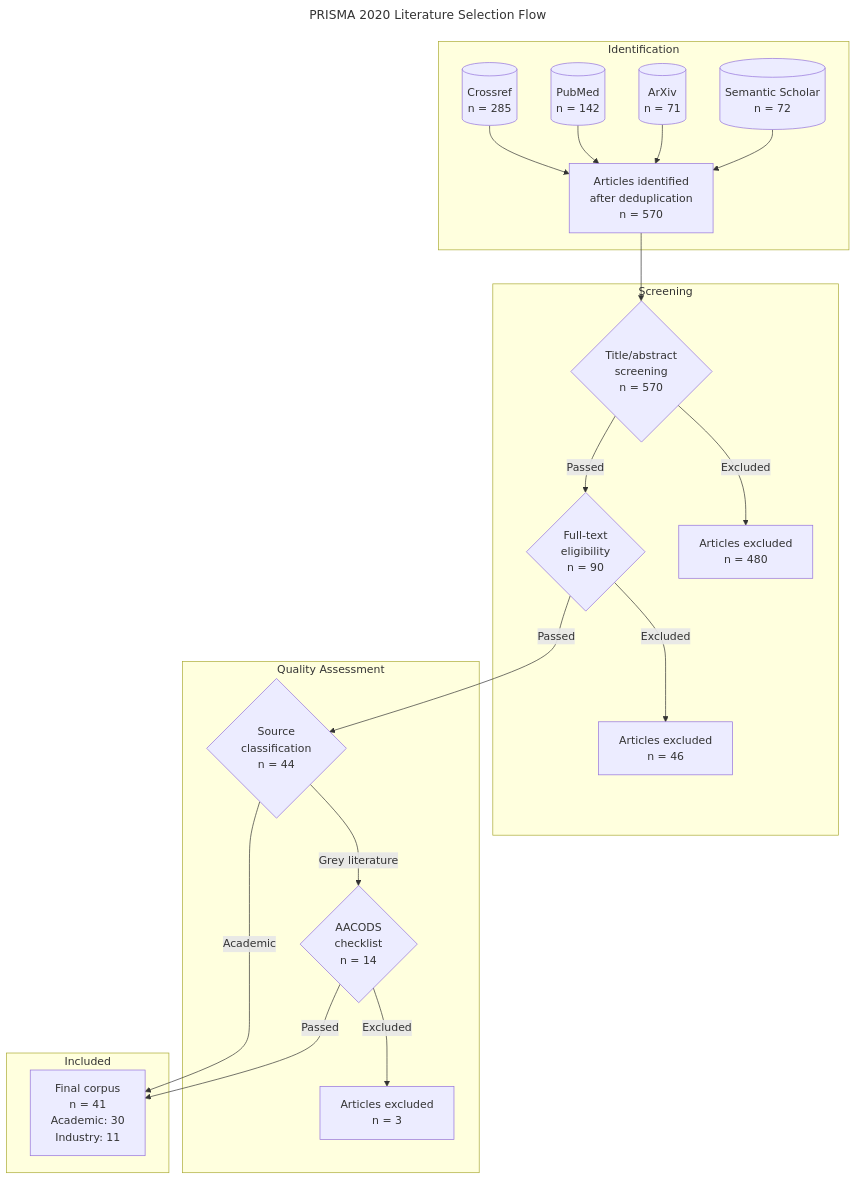
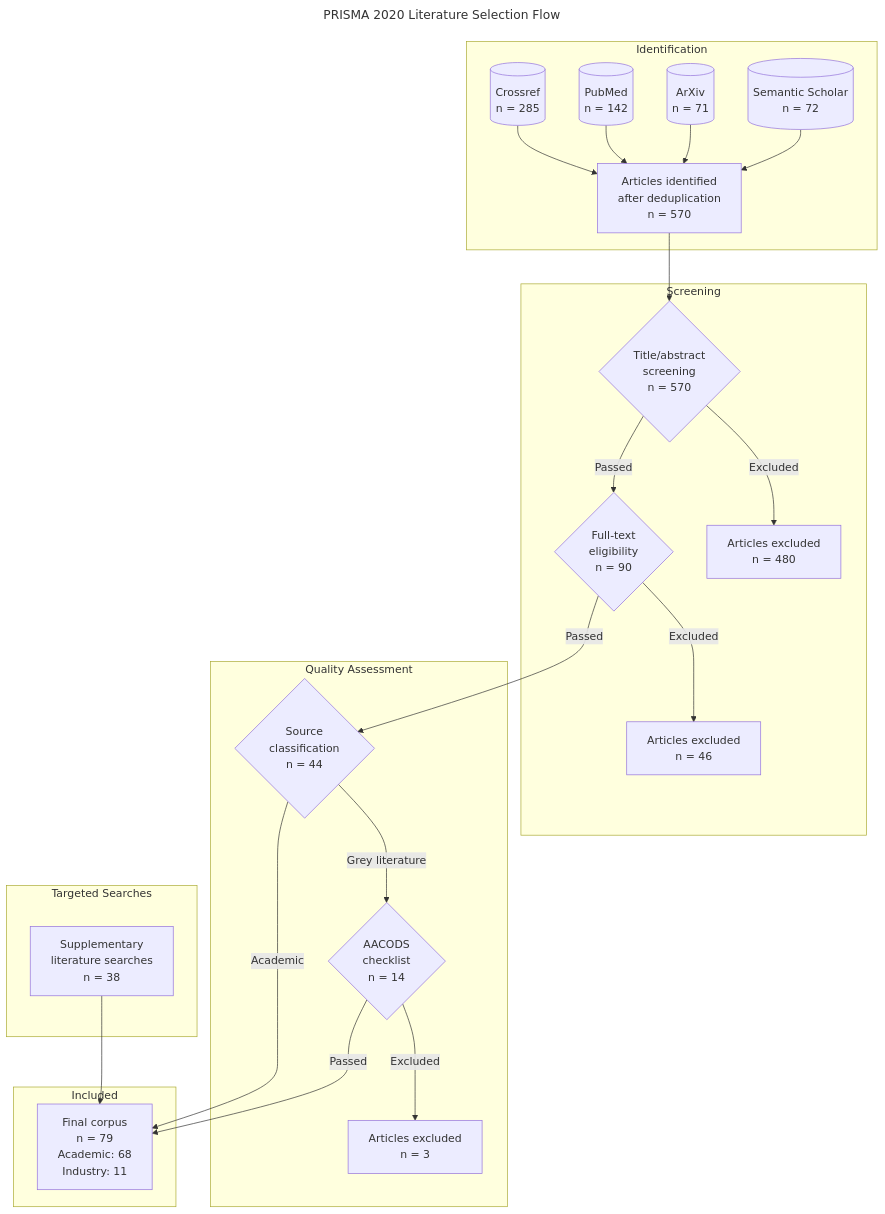
The diagram in figures/literature-flow.mmd (stharrold/yuimedi-paper-20250901), drawn with Mermaid before and after one commit. The commit also changed 2 other files, not shown here.

Commit message:
fix(figures): update PRISMA flow with supplementary searches
- Add 'Targeted Searches' subgraph (n=38) for Research_*.md sources
- Update final corpus: 41→79 total, 30→68 academic
- Regenerate PNG/SVG outputs

🤖 Generated with [Claude Code](https://claude.com/claude-code)

```diff
--- a/figures/literature-flow.mmd
+++ b/figures/literature-flow.mmd
@@ -1,34 +1,39 @@
 ---
 title: PRISMA 2020 Literature Selection Flow
 ---
 flowchart TD
     %% PRISMA 2020 Flow Diagram for Literature Selection
     %% Aligned with lit_review academic-literature-review workflow
-    %% Total: 570 identified → 41 included (529 excluded)
+    %% Total: 570 identified + 38 targeted → 79 included
     %% Note: Generate PNG via mermaid.live for proper font rendering
 
     subgraph ID["Identification"]
         A1[("Crossref<br/>n = 285")] --> A
         A2[("PubMed<br/>n = 142")] --> A
         A3[("ArXiv<br/>n = 71")] --> A
         A4[("Semantic Scholar<br/>n = 72")] --> A
         A["Articles identified<br/>after deduplication<br/>n = 570"]
     end
 
     subgraph SC["Screening"]
         A --> D{"Title/abstract<br/>screening<br/>n = 570"}
         D -->|"Excluded"| E["Articles excluded<br/>n = 480"]
         D -->|"Passed"| H{"Full-text<br/>eligibility<br/>n = 90"}
         H -->|"Excluded"| I["Articles excluded<br/>n = 46"]
     end
 
     subgraph QA["Quality Assessment"]
         H -->|"Passed"| J{"Source<br/>classification<br/>n = 44"}
         J -->|"Grey literature"| L{"AACODS<br/>checklist<br/>n = 14"}
         L -->|"Excluded"| N["Articles excluded<br/>n = 3"]
     end
 
+    subgraph TS["Targeted Searches"]
+        T1["Supplementary<br/>literature searches<br/>n = 38"]
+    end
+
     subgraph IN["Included"]
-        J -->|"Academic"| O["Final corpus<br/>n = 41<br/>Academic: 30<br/>Industry: 11"]
+        J -->|"Academic"| O["Final corpus<br/>n = 79<br/>Academic: 68<br/>Industry: 11"]
         L -->|"Passed"| O
+        T1 --> O
     end
```
